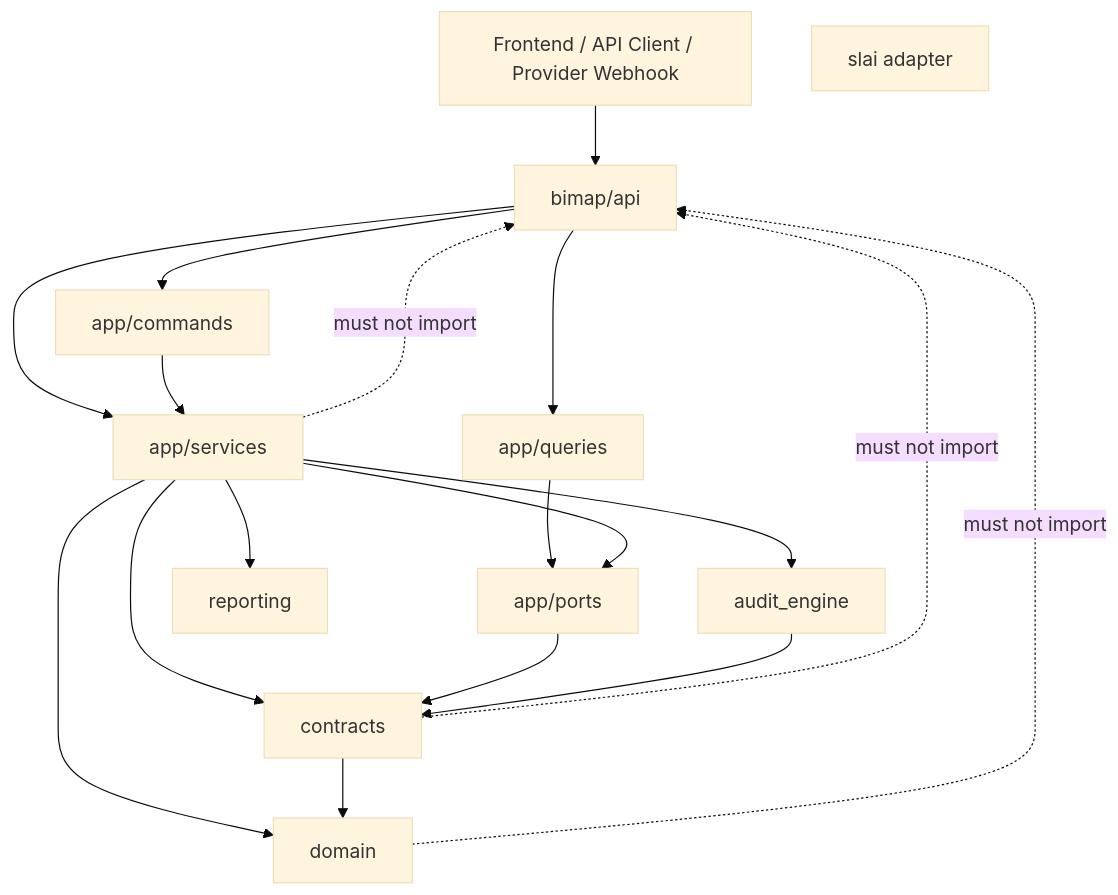
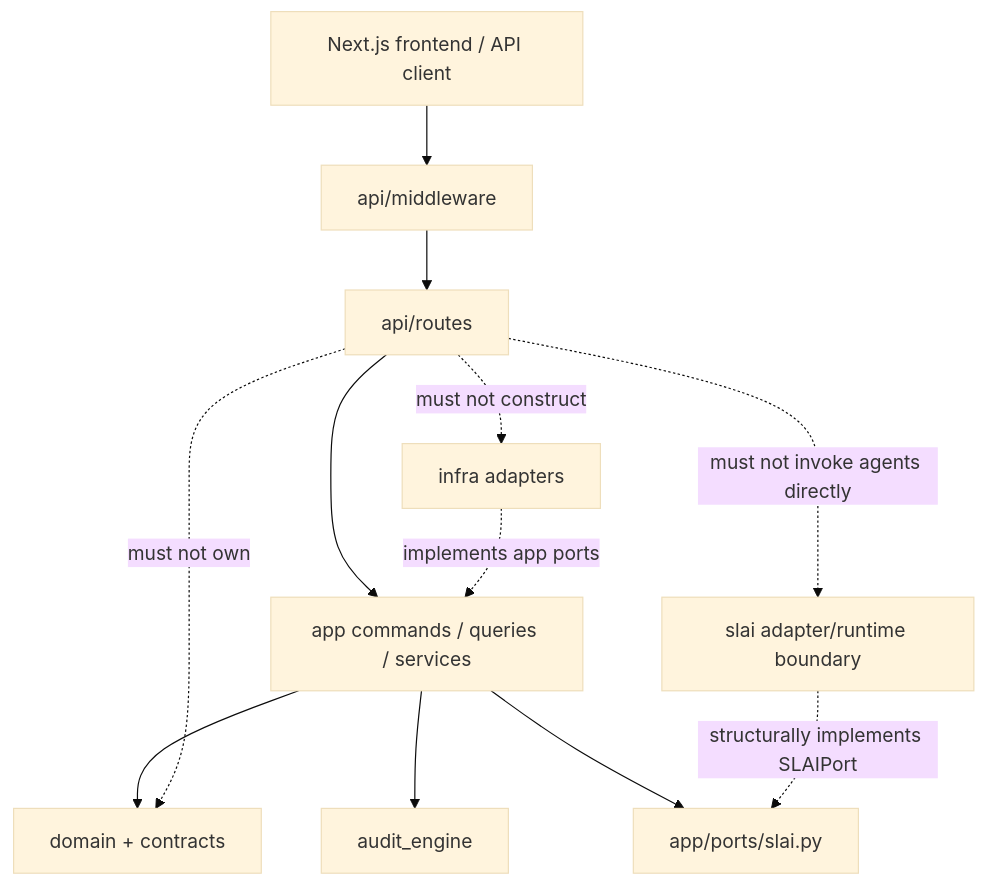
The first of 3 diagrams in api/README.md (The-Outsider-97/bimap), drawn with Mermaid (base theme) before and after one commit. The commit also changed other lines of this file, not shown here.

````diff
--- a/api/README.md
+++ b/api/README.md
@@ -35,33 +41,23 @@
 ```mermaid
 flowchart TB
-    CLIENT[Frontend / API Client / Provider Webhook]
-    API[bimap/api]
-    CMD[app/commands]
-    QUERY[app/queries]
-    SERVICE[app/services]
-    PORTS[app/ports]
+    CLIENT[Next.js frontend / API client]
+    MW[api/middleware]
+    ROUTES[api/routes]
+    APP[app commands / queries / services]
+    DOMAIN[domain + contracts]
     ENGINE[audit_engine]
-    REPORTING[reporting]
-    SLAI[slai adapter]
-    CONTRACTS[contracts]
-    DOMAIN[domain]
+    SLAIPORT[app/ports/slai.py]
+    INFRA[infra adapters]
+    SLAI[slai adapter/runtime boundary]
 
-    CLIENT --> API
-    API --> CMD
-    API --> QUERY
-    API --> SERVICE
-    CMD --> SERVICE
-    QUERY --> PORTS
-    SERVICE --> PORTS
-    SERVICE --> ENGINE
-    SERVICE --> REPORTING
-    SERVICE --> CONTRACTS
-    SERVICE --> DOMAIN
-    PORTS --> CONTRACTS
-    ENGINE --> CONTRACTS
-    CONTRACTS --> DOMAIN
+    CLIENT --> MW --> ROUTES --> APP
+    APP --> DOMAIN
+    APP --> ENGINE
+    APP --> SLAIPORT
+    INFRA -. implements app ports .-> APP
+    SLAI -. structurally implements SLAIPort .-> SLAIPORT
 
-    DOMAIN -. must not import .-> API
-    CONTRACTS -. must not import .-> API
-    SERVICE -. must not import .-> API
+    ROUTES -. must not own .-> DOMAIN
+    ROUTES -. must not construct .-> INFRA
+    ROUTES -. must not invoke agents directly .-> SLAI
 ```
````
